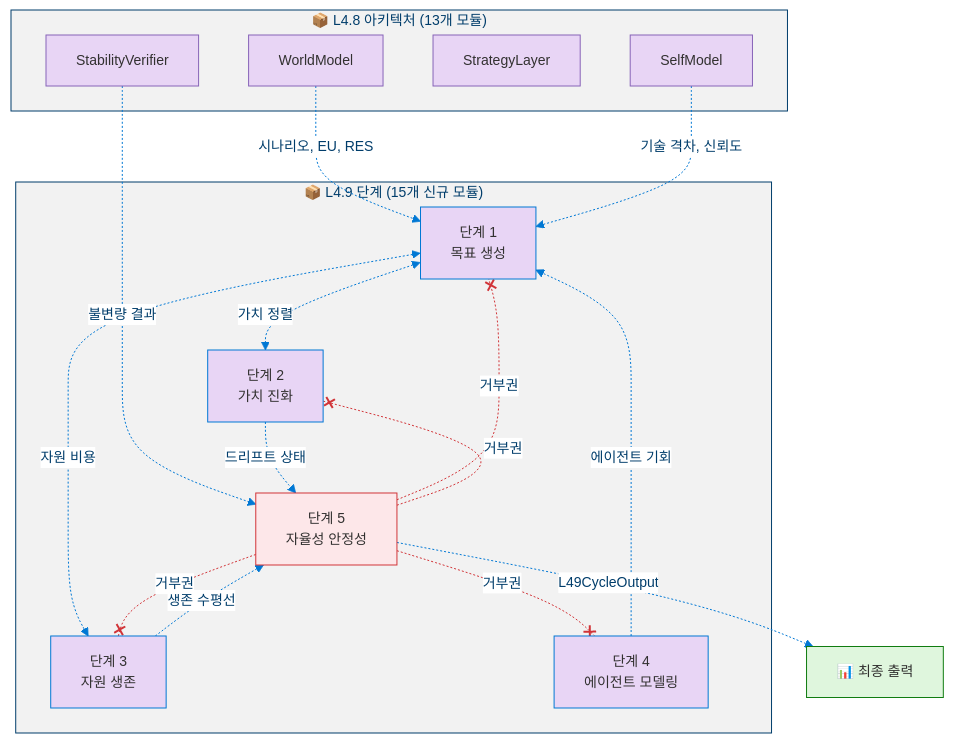
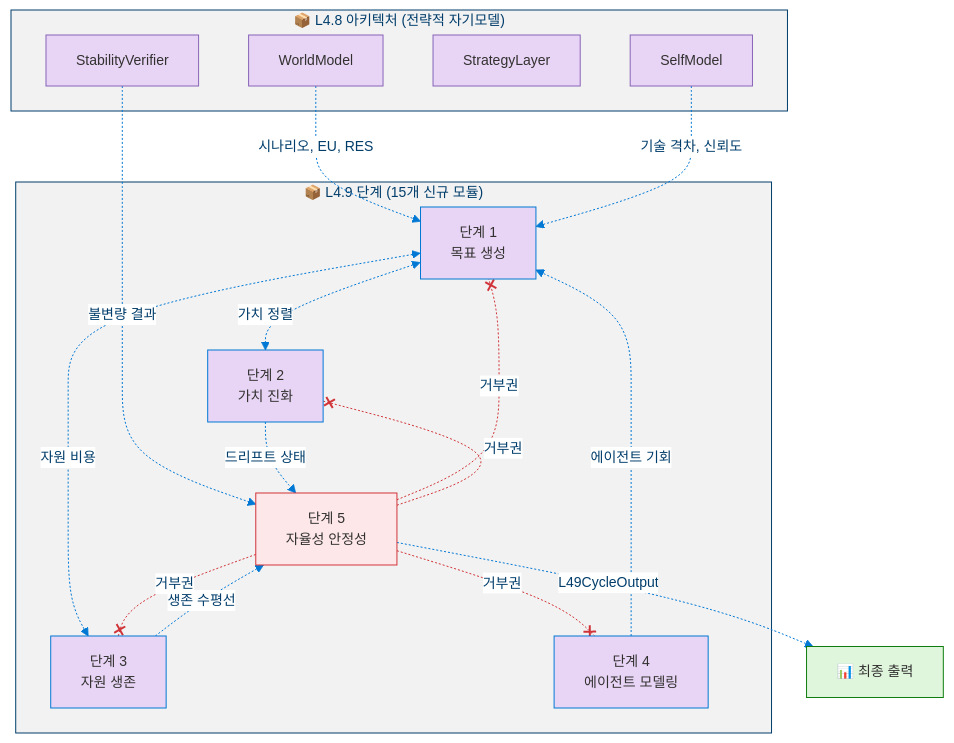
Before and after one commit to dotnetpower/mscp: diagram 17 of 19 in docs/levels/Level_4_9_Autonomous_Strategic_Agent.ko.md, drawn with Mermaid. The commit also changed other lines of this file and 16 other files, not shown here.

````diff
--- a/docs/levels/Level_4_9_Autonomous_Strategic_Agent.ko.md
+++ b/docs/levels/Level_4_9_Autonomous_Strategic_Agent.ko.md
@@ -833,44 +880,44 @@
 ```mermaid
 %%{init: {'theme': 'base', 'themeVariables': {'primaryColor': '#0078D4', 'primaryTextColor': '#003D6B', 'primaryBorderColor': '#003D6B', 'secondaryColor': '#50E6FF', 'secondaryTextColor': '#323130', 'secondaryBorderColor': '#00BCF2', 'tertiaryColor': '#F2F2F2', 'tertiaryTextColor': '#323130', 'lineColor': '#0078D4', 'textColor': '#323130', 'mainBkg': '#DEECF9', 'nodeBorder': '#0078D4', 'clusterBkg': '#F2F2F2', 'clusterBorder': '#003D6B', 'titleColor': '#003D6B', 'edgeLabelBackground': '#FFFFFF', 'fontSize': '14px'}}}%%
 flowchart TD
   classDef l48 fill:#E8D5F5,stroke:#8764B8,color:#323130
   classDef phase fill:#E8D5F5,stroke:#0078D4,color:#323130
   classDef p5 fill:#FDE7E9,stroke:#D13438,color:#323130
   classDef out fill:#DFF6DD,stroke:#107C10,color:#323130
 
-  subgraph L48["📦 L4.8 아키텍처 (13개 모듈)"]
+  subgraph L48["📦 L4.8 아키텍처 (전략적 자기모델)"]
     L48W["WorldModel"]:::l48
     L48S["SelfModel"]:::l48
     L48ST["StrategyLayer"]:::l48
     L48SV["StabilityVerifier"]:::l48
   end
 
   subgraph L49Phases["📦 L4.9 단계 (15개 신규 모듈)"]
     P1G["단계 1<br/>목표 생성"]:::phase
     P2V["단계 2<br/>가치 진화"]:::phase
     P3R["단계 3<br/>자원 생존"]:::phase
     P4A["단계 4<br/>에이전트 모델링"]:::phase
     P5S["단계 5<br/>자율성 안정성"]:::p5
   end
 
   OUTPUT["📊 최종 출력"]:::out
 
   L48W -.->|"시나리오, EU, RES"| P1G
   L48S -.->|"기술 격차, 신뢰도"| P1G
   L48SV -.->|"불변량 결과"| P5S
 
   P1G <-.->|"가치 정렬"| P2V
   P1G <-.->|"자원 비용"| P3R
   P4A -.->|"에이전트 기회"| P1G
   P3R -.->|"생존 수평선"| P5S
   P2V -.->|"드리프트 상태"| P5S
 
   P5S -.-x|"거부권"| P1G
   P5S -.-x|"거부권"| P2V
   P5S -.-x|"거부권"| P3R
   P5S -.-x|"거부권"| P4A
 
   P5S -.->|"L49CycleOutput"| OUTPUT
 
   linkStyle 8,9,10,11 stroke:#D13438
 ```
````
